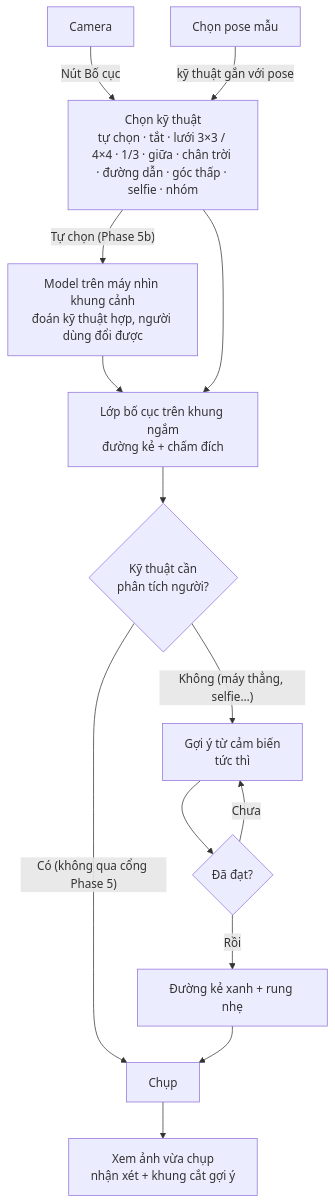
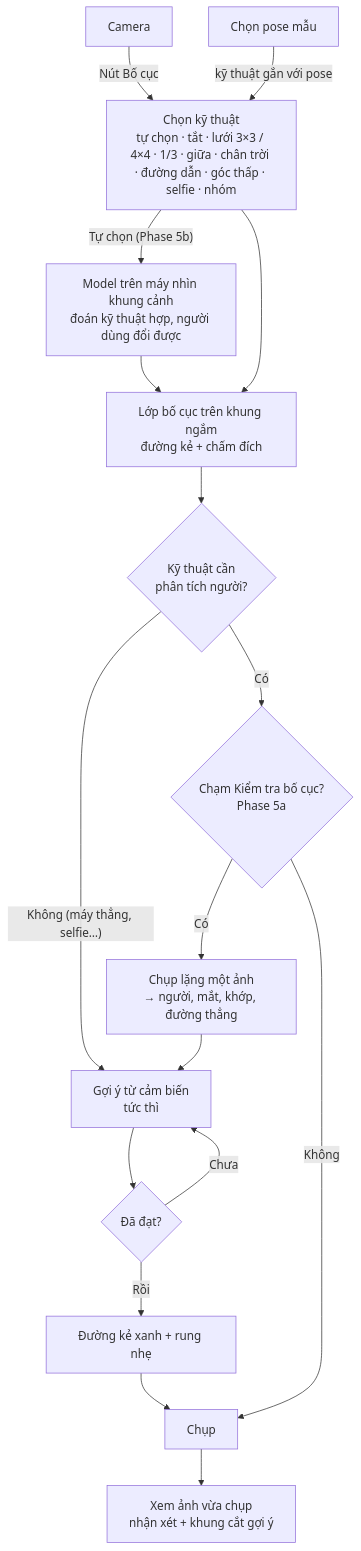
Before and after one commit to tktnq2004/TakeASnap: the fourth of 7 diagrams in docs/business-flow.md, drawn with Mermaid. The commit also changed other lines of this file and 1 other file, not shown here.

Commit message:
docs: Phase 5a dùng nút Kiểm tra bố cục (chụp lặng một lần khi chạm), Phase 5b dùng lại

````diff
--- a/docs/business-flow.md
+++ b/docs/business-flow.md
@@ -258,16 +258,19 @@
 ```mermaid
 flowchart TD
     CAM[Camera] -- "Nút Bố cục" --> PICK[Chọn kỹ thuật<br/>tự chọn · tắt · lưới 3×3 / 4×4 · 1/3 · giữa · chân trời · đường dẫn · góc thấp · selfie · nhóm]
     PICK -- "Tự chọn (Phase 5b)" --> AUTO[Model trên máy nhìn khung cảnh<br/>đoán kỹ thuật hợp, người dùng đổi được]
     AUTO --> GUIDE
     POSE[Chọn pose mẫu] -- "kỹ thuật gắn với pose" --> PICK
     PICK --> GUIDE[Lớp bố cục trên khung ngắm<br/>đường kẻ + chấm đích]
     GUIDE --> SENSE{Kỹ thuật cần<br/>phân tích người?}
     SENSE -- "Không (máy thẳng, selfie…)" --> HINT[Gợi ý từ cảm biến<br/>tức thì]
-    SENSE -- "Có (không qua cổng Phase 5)" --> SHOOT
+    SENSE -- "Có" --> CHECK{Chạm Kiểm tra bố cục?<br/>Phase 5a}
+    CHECK -- "Có" --> ANALYZE[Chụp lặng một ảnh<br/>→ người, mắt, khớp, đường thẳng]
+    ANALYZE --> HINT
+    CHECK -- "Không" --> SHOOT
     HINT --> OK{Đã đạt?}
     OK -- "Chưa" --> HINT
     OK -- "Rồi" --> GREEN[Đường kẻ xanh + rung nhẹ]
     GREEN --> SHOOT[Chụp]
     SHOOT --> REVIEW[Xem ảnh vừa chụp<br/>nhận xét + khung cắt gợi ý]
 ```
````
